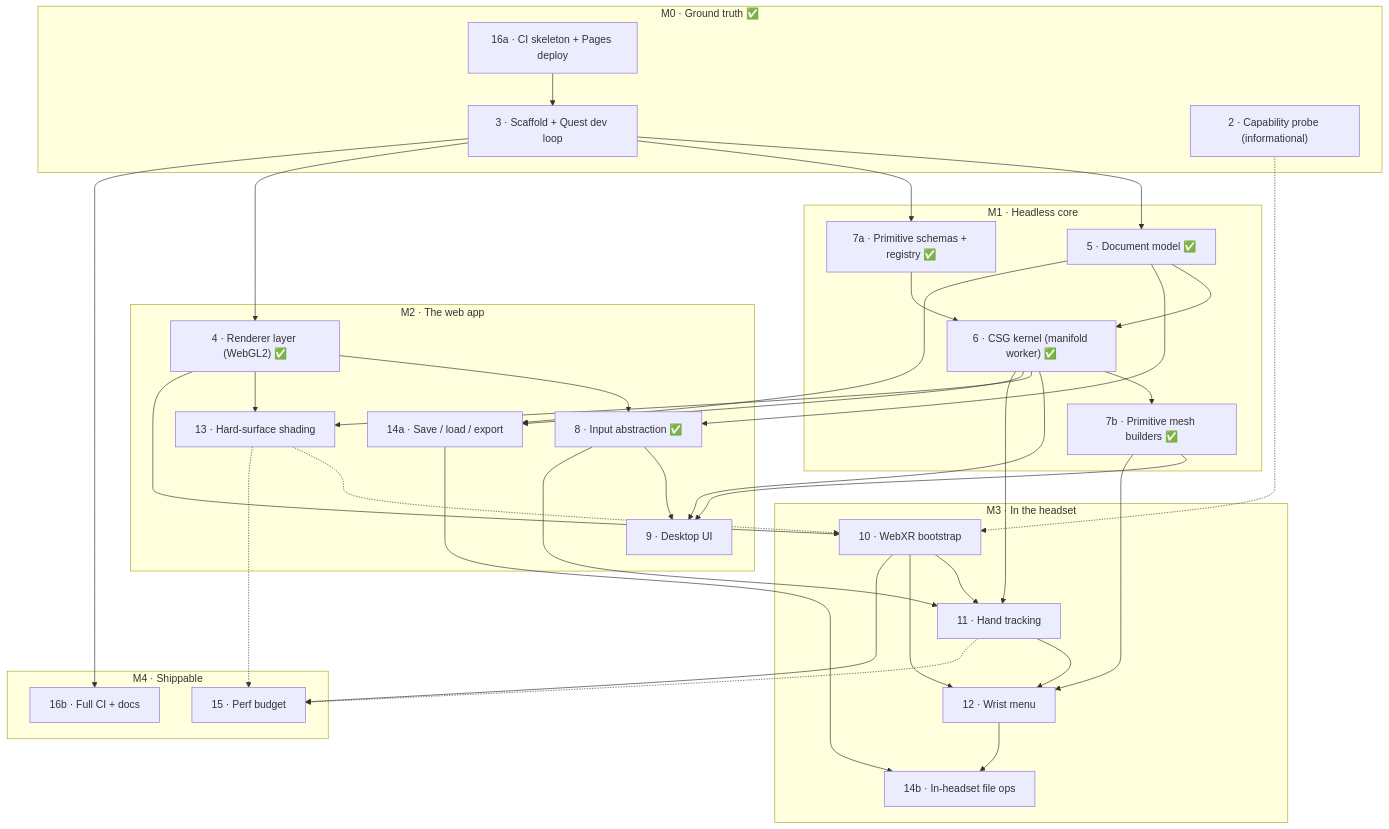
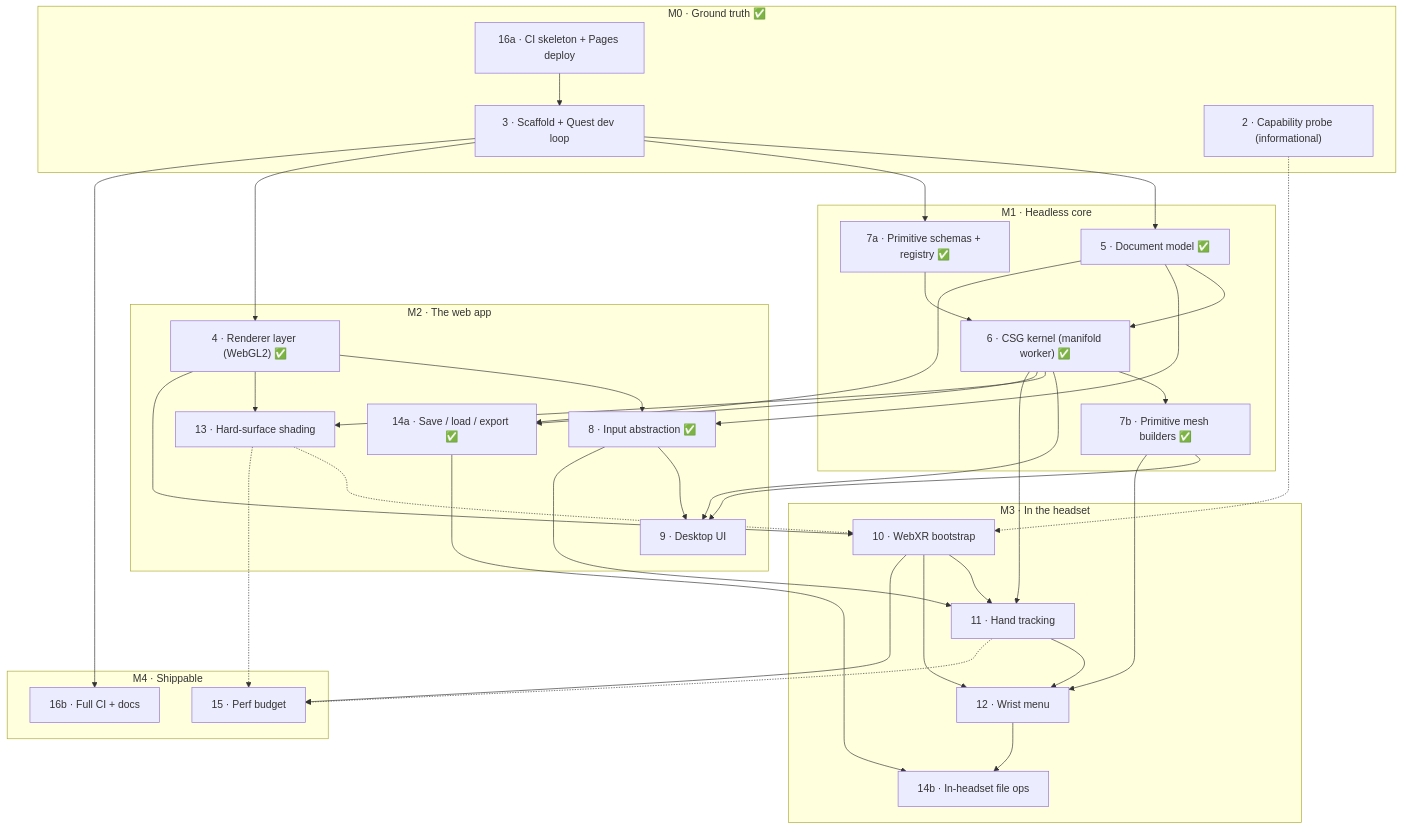
Before and after one commit to kruddage/carve: the diagram in docs/roadmap.md, drawn with Mermaid. The commit also changed other lines of this file and 24 other files, not shown here.

````diff
--- a/docs/roadmap.md
+++ b/docs/roadmap.md
@@ -36,71 +36,71 @@
 ```mermaid
 graph TD
     subgraph M0["M0 · Ground truth ✅"]
         I16a["16a · CI skeleton + Pages deploy"]
         I3["3 · Scaffold + Quest dev loop"]
         I2["2 · Capability probe (informational)"]
     end
 
     subgraph M1["M1 · Headless core"]
         I5["5 · Document model ✅"]
         I7a["7a · Primitive schemas + registry ✅"]
         I6["6 · CSG kernel (manifold worker) ✅"]
         I7b["7b · Primitive mesh builders ✅"]
     end
 
     subgraph M2["M2 · The web app"]
         I4["4 · Renderer layer (WebGL2) ✅"]
         I8["8 · Input abstraction ✅"]
         I9["9 · Desktop UI"]
         I13["13 · Hard-surface shading"]
-        I14a["14a · Save / load / export"]
+        I14a["14a · Save / load / export ✅"]
     end
 
     subgraph M3["M3 · In the headset"]
         I10["10 · WebXR bootstrap"]
         I11["11 · Hand tracking"]
         I12["12 · Wrist menu"]
         I14b["14b · In-headset file ops"]
     end
 
     subgraph M4["M4 · Shippable"]
         I15["15 · Perf budget"]
         I16b["16b · Full CI + docs"]
     end
 
     I16a --> I3
     I3 --> I5
     I3 --> I7a
     I3 --> I4
     I3 --> I16b
 
     I5 --> I6
     I7a --> I6
     I6 --> I7b
 
     I5 --> I8
     I4 --> I8
     I6 --> I9
     I7b --> I9
     I8 --> I9
     I4 --> I13
     I6 --> I13
     I5 --> I14a
     I6 --> I14a
 
     I4 --> I10
     I2 -.-> I10
     I6 --> I11
     I8 --> I11
     I10 --> I11
     I7b --> I12
     I10 --> I12
     I11 --> I12
     I12 --> I14b
     I14a --> I14b
     I13 -.-> I10
 
     I10 --> I15
     I11 -.-> I15
     I13 -.-> I15
 ```
````
